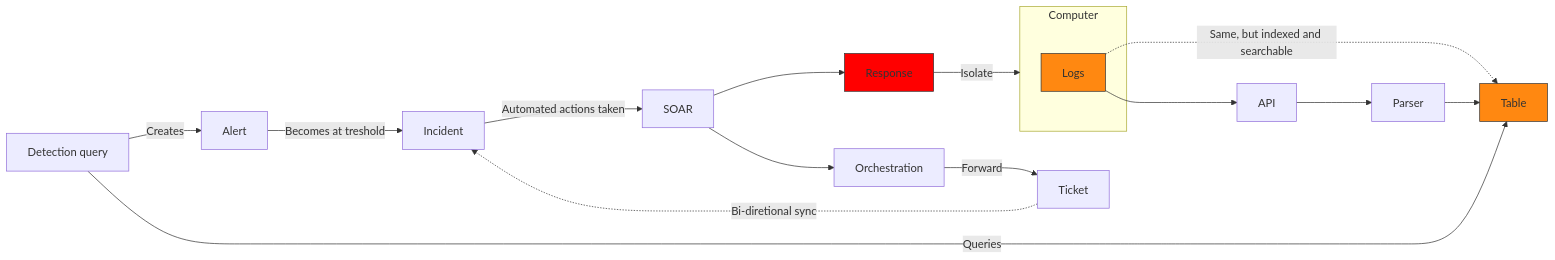
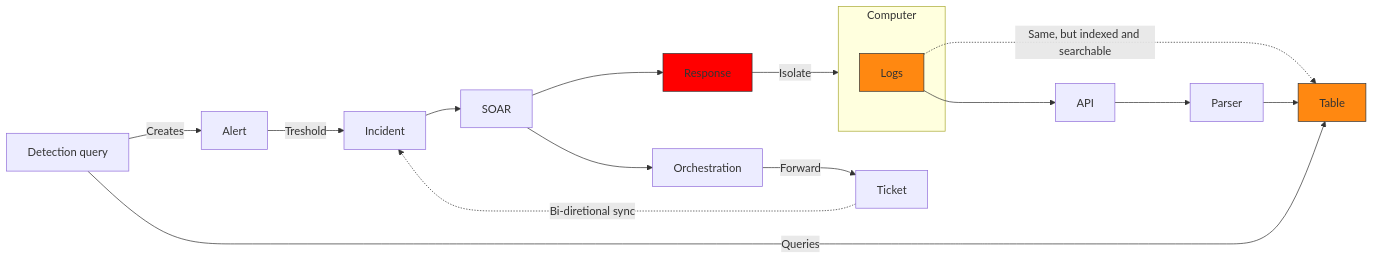
One commit to lnfernux/lnfernux.github.io changed the second of 3 diagrams in _posts/2024-02-03-AutomatingSecurityMonitoringP2.md. Above: the diagram before and after it, drawn with Mermaid.

Commit message:
update meraid

````diff
--- a/_posts/2024-02-03-AutomatingSecurityMonitoringP2.md
+++ b/_posts/2024-02-03-AutomatingSecurityMonitoringP2.md
@@ -101,31 +101,31 @@
 ```mermaid
 graph LR
 P[Parser]
 T[Table]
 D[Detection query]
 SOAR[SOAR]
 AL[Alert]
 I[Incident]
 Response[Response]
 Orchestration[Orchestration]
 L --> API
 API --> P 
 subgraph Computer
 L[Logs]
 end
 L -....-> |Same, but indexed and searchable|T
 P --> T
 D --> |Queries| T 
 D --> |Creates| AL
-AL --> |Becomes at treshold| I 
-I --> |Automated actions taken| SOAR
+AL --> |Treshold| I 
+I -->  SOAR
 TICK[Ticket]
 SOAR --> Orchestration
 Orchestration --> |Forward| TICK
 SOAR --> Response 
 Response --> |Isolate|Computer
 TICK -...-> |Bi-diretional sync| I
 style Response fill:#f00,stroke:#333;
 style L fill:#f81,stroke:#333;
 style T fill:#f81,stroke:#333;
 ```
````
